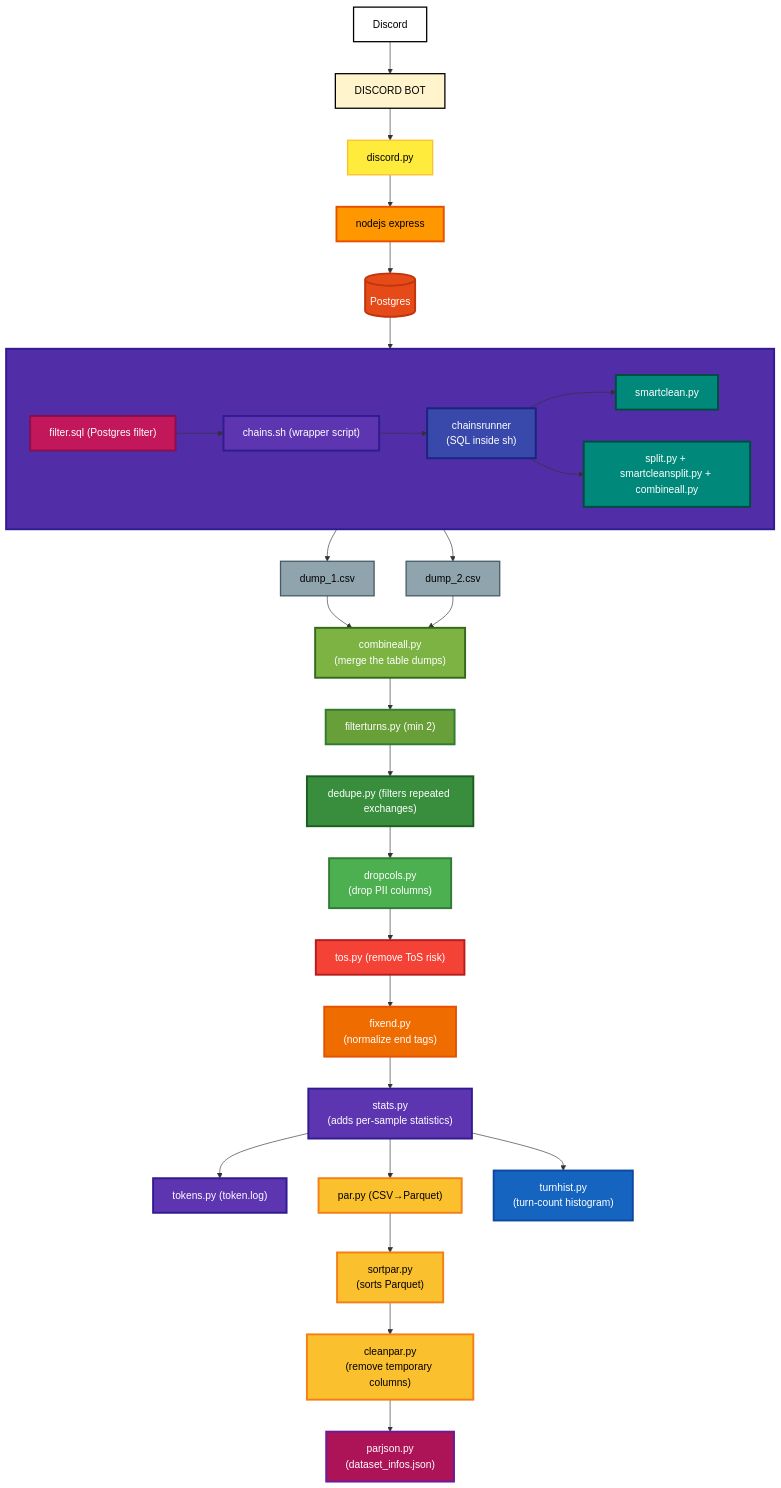
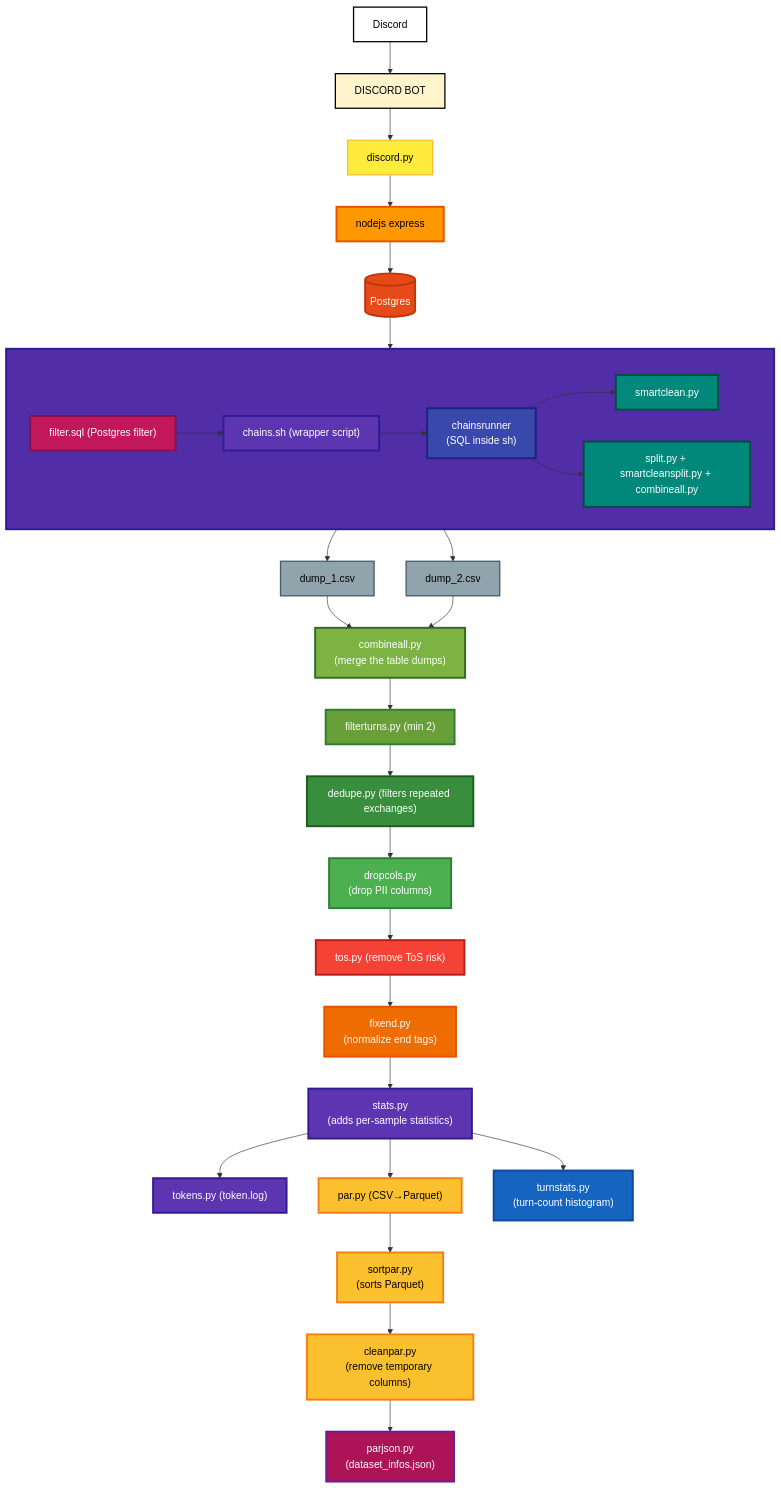
The diagram in README.md (mookiezi/dataset-pipeline), drawn with Mermaid before and after one commit. The commit also changed other lines of this file, not shown here.

````diff
--- a/README.md
+++ b/README.md
@@ -11,65 +11,65 @@
 ```mermaid
 flowchart TD
     A[Discord]:::c1 --> B[DISCORD BOT]:::c2
     B --> C[discord.py]:::c3
     C --> D[nodejs express]:::c4
     D --> E[(Postgres)]:::db
 
     E --> G["filter.sql (Postgres filter)"]:::sql
 
     subgraph S[" "]
     direction LR
         G --> H["chains.sh (wrapper script)"]:::c9
         H --> J["chainsrunner<br>(SQL inside sh)"]:::c10
     J --> K["smartclean.py"]:::clean
     J --> L["split.py + smartcleansplit.py + combineall.py"]:::clean
     end
     style S fill:#512da8,stroke:#311b92,color:#ffffff,stroke-width:3px
 
     %% One dump from each branch
     K --> M1["dump_1.csv"]:::file
     L --> M2["dump_2.csv"]:::file
 
     %% Both go into combineall.py
     M1 --> N["combineall.py<br>(merge the table dumps)"]:::c15
     M2 --> N
     N --> O["filterturns.py (min 2)"]:::c16
     O --> P["dedupe.py (filters repeated exchanges)"]:::c17
     P --> Q["dropcols.py<br>(drop PII columns)"]:::c18
     Q --> R["tos.py (remove ToS risk)"]:::tos
     R --> S1["fixend.py<br>(normalize end tags)"]:::fix
     S1 --> T["stats.py<br>(adds per-sample statistics)"]:::stats
 
     %% Stats branches → center par.py
     T --> Y["tokens.py (token.log)"]:::stats
     T --> U["par.py (CSV→Parquet)"]:::pack
-    T --> Z["turnhist.py<br>(turn-count histogram)"]:::hist
+    T --> Z["turnstats.py<br>(turn-count histogram)"]:::hist
 
     U --> V["sortpar.py<br>(sorts Parquet)"]:::pack
     V --> W["cleanpar.py<br>(remove temporary columns)"]:::pack
     W --> X["parjson.py<br>(dataset_infos.json)"]:::meta
 
     %% STYLE CLASSES (use colons)
     classDef c1 fill:#ffffff,stroke:#000000,color:#000000,stroke-width:2px
     classDef c2 fill:#fff4cc,stroke:#000000,color:#000000,stroke-width:2px
     classDef c3 fill:#ffeb3b,stroke:#fbc02d,color:#000000,stroke-width:2px
     classDef c4 fill:#ff9800,stroke:#e65100,color:#000000,stroke-width:3px
     classDef db fill:#e64a19,stroke:#bf360c,color:#ffffff,stroke-width:3px
     classDef sql fill:#c2185b,stroke:#880e4f,color:#ffffff,stroke-width:3px
     classDef c7 fill:#9c27b0,stroke:#6a1b9a,color:#ffffff,stroke-width:3px
     classDef c9 fill:#5e35b1,stroke:#311b92,color:#ffffff,stroke-width:3px
     classDef c10 fill:#3949ab,stroke:#1a237e,color:#ffffff,stroke-width:3px
     classDef c11 fill:#283593,stroke:#1a237e,color:#ffffff,stroke-width:3px
     classDef clean fill:#00897b,stroke:#004d40,color:#ffffff,stroke-width:3px
     classDef file fill:#90a4ae,stroke:#455a64,color:#000000,stroke-width:2px
     classDef c15 fill:#7cb342,stroke:#33691e,color:#ffffff,stroke-width:3px
     classDef c16 fill:#689f38,stroke:#2e7d32,color:#ffffff,stroke-width:3px
     classDef c17 fill:#388e3c,stroke:#1b5e20,color:#ffffff,stroke-width:3px
     classDef c18 fill:#4caf50,stroke:#2e7d32,color:#ffffff,stroke-width:3px
     classDef tos fill:#f44336,stroke:#b71c1c,color:#ffffff,stroke-width:3px
     classDef fix fill:#ef6c00,stroke:#e65100,color:#ffffff,stroke-width:3px
     classDef stats fill:#5e35b1,stroke:#311b92,color:#ffffff,stroke-width:3px
     classDef pack fill:#fbc02d,stroke:#f57f17,color:#000000,stroke-width:3px
     classDef meta fill:#ad1457,stroke:#6a1b9a,color:#ffffff,stroke-width:3px
     classDef hist fill:#1565c0,stroke:#0d47a1,color:#ffffff,stroke-width:3px
 ```
````
